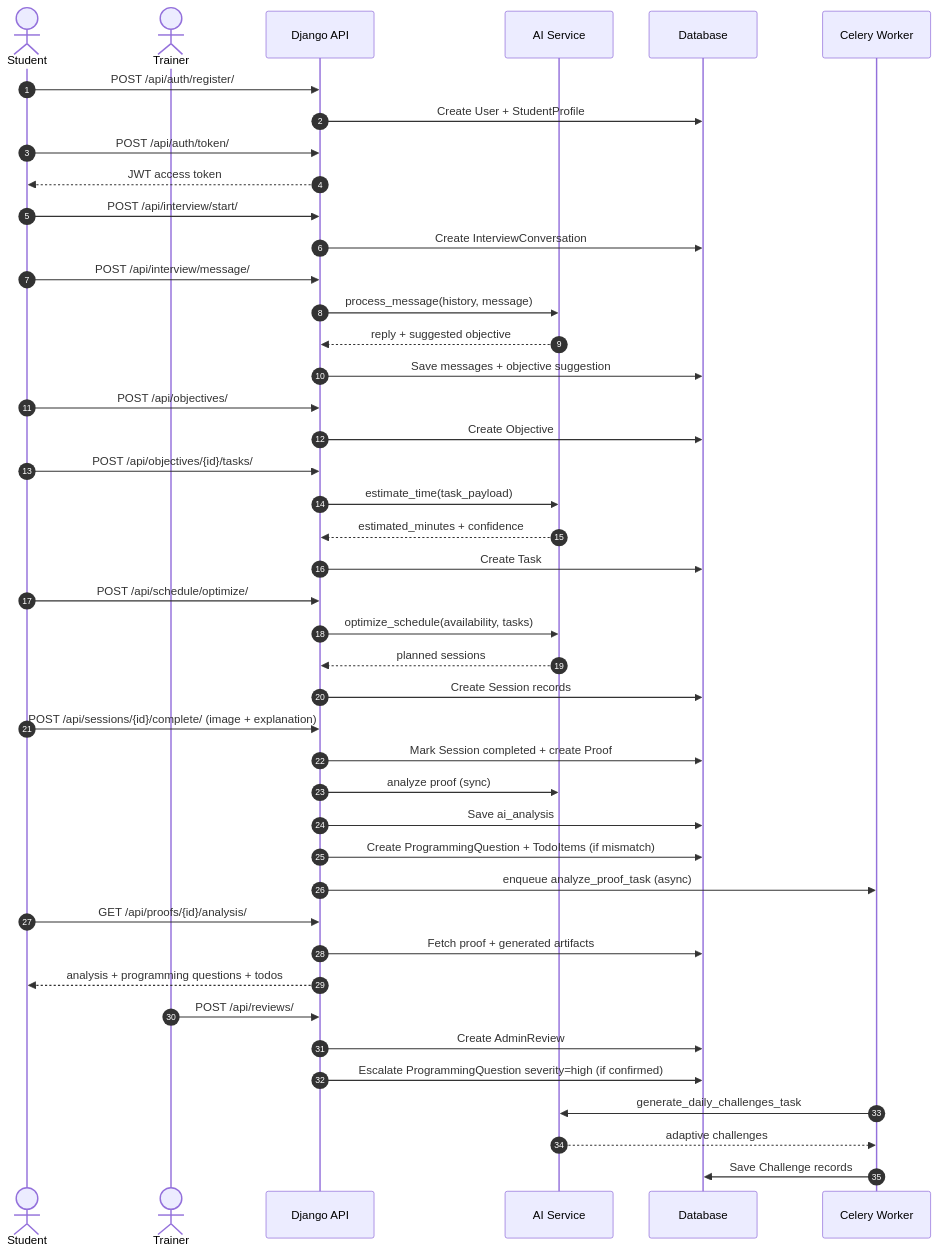
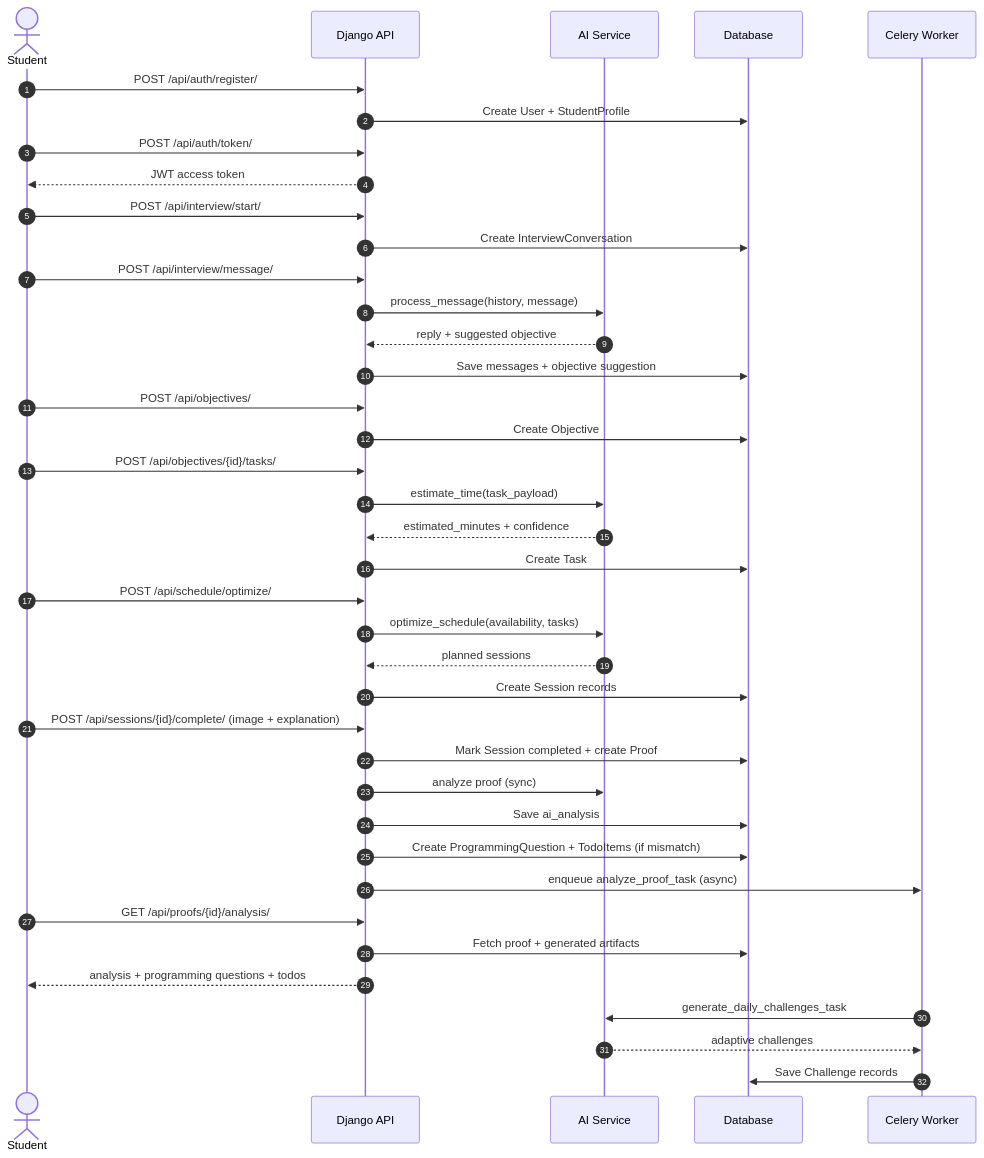
The diagram in docs/diagrams/05_sequence_demo_flow.md (samaltion114-netizen/Senior_project), drawn with Mermaid before and after one commit. The commit also changed 27 other files, not shown here.

````diff
--- a/docs/diagrams/05_sequence_demo_flow.md
+++ b/docs/diagrams/05_sequence_demo_flow.md
@@ -3,54 +3,49 @@
 ```mermaid
 sequenceDiagram
   autonumber
   actor Student
-  actor Trainer
   participant API as Django API
   participant AI as AI Service
   participant DB as Database
   participant CW as Celery Worker
 
   Student->>API: POST /api/auth/register/
   API->>DB: Create User + StudentProfile
   Student->>API: POST /api/auth/token/
   API-->>Student: JWT access token
 
   Student->>API: POST /api/interview/start/
   API->>DB: Create InterviewConversation
   Student->>API: POST /api/interview/message/
   API->>AI: process_message(history, message)
   AI-->>API: reply + suggested objective
   API->>DB: Save messages + objective suggestion
 
   Student->>API: POST /api/objectives/
   API->>DB: Create Objective
 
   Student->>API: POST /api/objectives/{id}/tasks/
   API->>AI: estimate_time(task_payload)
   AI-->>API: estimated_minutes + confidence
   API->>DB: Create Task
 
   Student->>API: POST /api/schedule/optimize/
   API->>AI: optimize_schedule(availability, tasks)
   AI-->>API: planned sessions
   API->>DB: Create Session records
 
   Student->>API: POST /api/sessions/{id}/complete/ (image + explanation)
   API->>DB: Mark Session completed + create Proof
   API->>AI: analyze proof (sync)
   API->>DB: Save ai_analysis
   API->>DB: Create ProgrammingQuestion + TodoItems (if mismatch)
   API->>CW: enqueue analyze_proof_task (async)
 
   Student->>API: GET /api/proofs/{id}/analysis/
   API->>DB: Fetch proof + generated artifacts
   API-->>Student: analysis + programming questions + todos
 
-  Trainer->>API: POST /api/reviews/
-  API->>DB: Create AdminReview
-  API->>DB: Escalate ProgrammingQuestion severity=high (if confirmed)
-
   CW->>AI: generate_daily_challenges_task
   AI-->>CW: adaptive challenges
   CW->>DB: Save Challenge records
 ```
````
